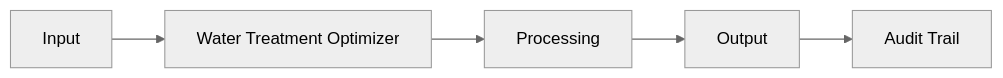
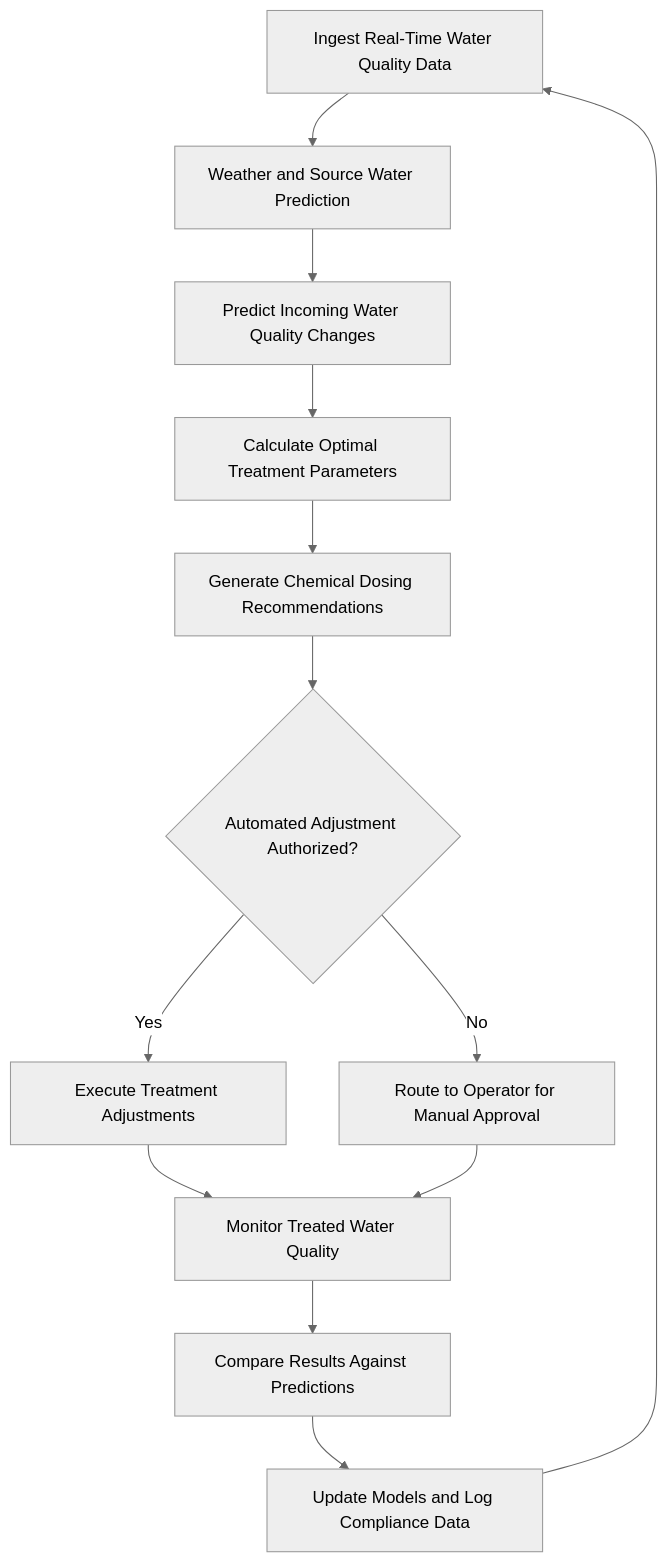
One commit to andrew-leo-2024/marketplace-docs changed the diagram in docs/audiences/03-critical-infrastructure/water-treatment-optimizer.mdx. Above: the diagram before and after it, drawn with Mermaid (neutral theme). The commit also changed other lines of this file and 401 other files, not shown here.

````diff
--- a/docs/audiences/03-critical-infrastructure/water-treatment-optimizer.mdx
+++ b/docs/audiences/03-critical-infrastructure/water-treatment-optimizer.mdx
@@ -29,7 +35,15 @@
 ```mermaid
-graph LR
-    A[Input] --> B[Water Treatment Optimizer]
-    B --> C[Processing]
-    C --> D[Output]
-    D --> E[Audit Trail]
+graph TD
+    A[Ingest Real-Time Water Quality Data] --> B[Weather and Source Water Prediction]
+    B --> C[Predict Incoming Water Quality Changes]
+    C --> D[Calculate Optimal Treatment Parameters]
+    D --> E[Generate Chemical Dosing Recommendations]
+    E --> F{Automated Adjustment Authorized?}
+    F -->|Yes| G[Execute Treatment Adjustments]
+    F -->|No| H[Route to Operator for Manual Approval]
+    G --> I[Monitor Treated Water Quality]
+    H --> I
+    I --> J[Compare Results Against Predictions]
+    J --> K[Update Models and Log Compliance Data]
+    K --> A
 ```
````
